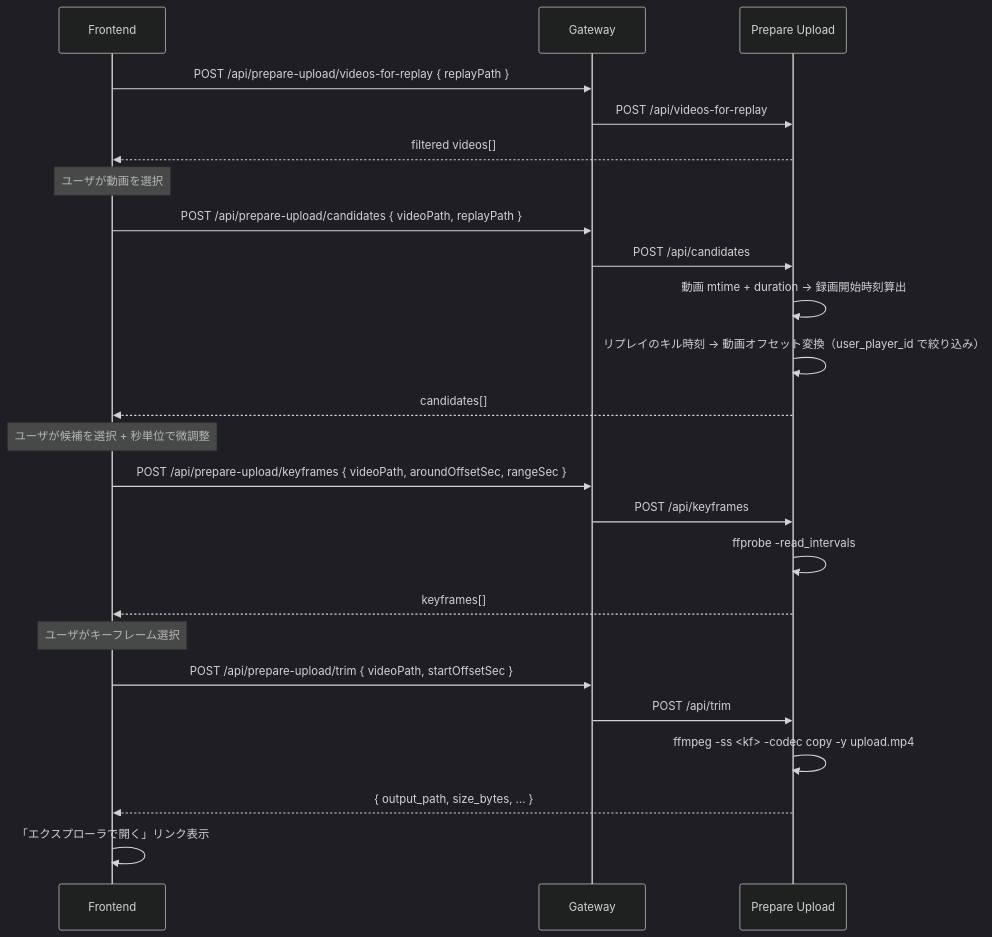
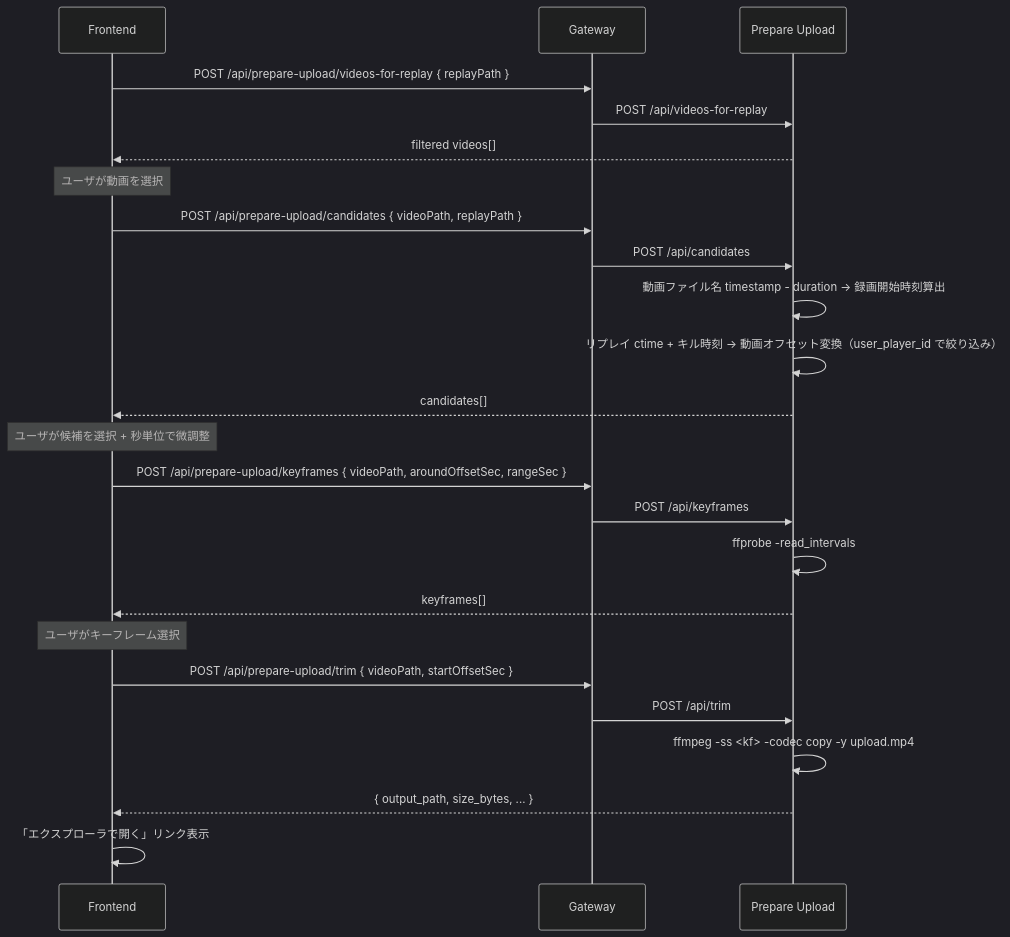
The fifth of 5 diagrams in docs/03_api_specification.md (Kumapapa2012/Fortnite-Replay-Utility-Suite), drawn with Mermaid (dark theme) before and after one commit. The commit also changed other lines of this file and 4 other files, not shown here.

````diff
--- a/docs/03_api_specification.md
+++ b/docs/03_api_specification.md
@@ -1011,33 +1131,33 @@
 ```mermaid
 sequenceDiagram
     participant FE as Frontend
     participant GW as Gateway
     participant Up as Prepare Upload
 
     FE->>GW: POST /api/prepare-upload/videos-for-replay { replayPath }
     GW->>Up: POST /api/videos-for-replay
     Up-->>FE: filtered videos[]
 
     Note over FE: ユーザが動画を選択
 
     FE->>GW: POST /api/prepare-upload/candidates { videoPath, replayPath }
     GW->>Up: POST /api/candidates
-    Up->>Up: 動画 mtime + duration → 録画開始時刻算出
-    Up->>Up: リプレイのキル時刻 → 動画オフセット変換（user_player_id で絞り込み）
+    Up->>Up: 動画ファイル名 timestamp - duration → 録画開始時刻算出
+    Up->>Up: リプレイ ctime + キル時刻 → 動画オフセット変換（user_player_id で絞り込み）
     Up-->>FE: candidates[]
 
     Note over FE: ユーザが候補を選択 + 秒単位で微調整
 
     FE->>GW: POST /api/prepare-upload/keyframes { videoPath, aroundOffsetSec, rangeSec }
     GW->>Up: POST /api/keyframes
     Up->>Up: ffprobe -read_intervals
     Up-->>FE: keyframes[]
 
     Note over FE: ユーザがキーフレーム選択
 
     FE->>GW: POST /api/prepare-upload/trim { videoPath, startOffsetSec }
     GW->>Up: POST /api/trim
     Up->>Up: ffmpeg -ss <kf> -codec copy -y upload.mp4
     Up-->>FE: { output_path, size_bytes, ... }
     FE->>FE: 「エクスプローラで開く」リンク表示
 ```
````
